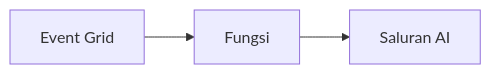
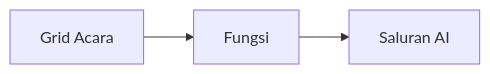
One commit to microsoft/AZD-for-beginners changed the second of 2 diagrams in translations/ms/docs/chapter-08-production/README.md. Above: the diagram before and after it, drawn with Mermaid. The commit also changed other lines of this file and 101 other files, not shown here.

````diff
--- a/translations/ms/docs/chapter-08-production/README.md
+++ b/translations/ms/docs/chapter-08-production/README.md
@@ -54,4 +56,4 @@
 ```mermaid
 graph LR
-    EventGrid[Event Grid] --> Functions[Fungsi] --> Pipeline[Saluran AI]
+    EventGrid[Grid Acara] --> Functions[Fungsi] --> Pipeline[Saluran AI]
 ```
````
